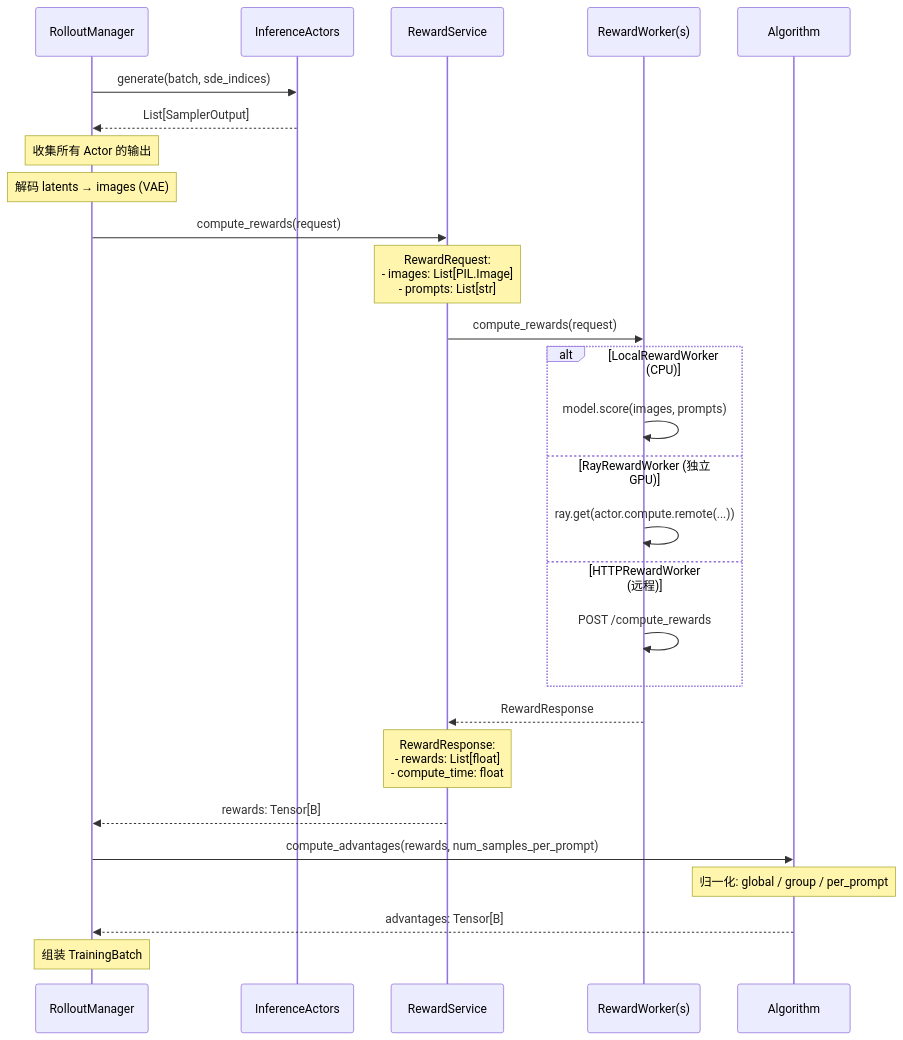
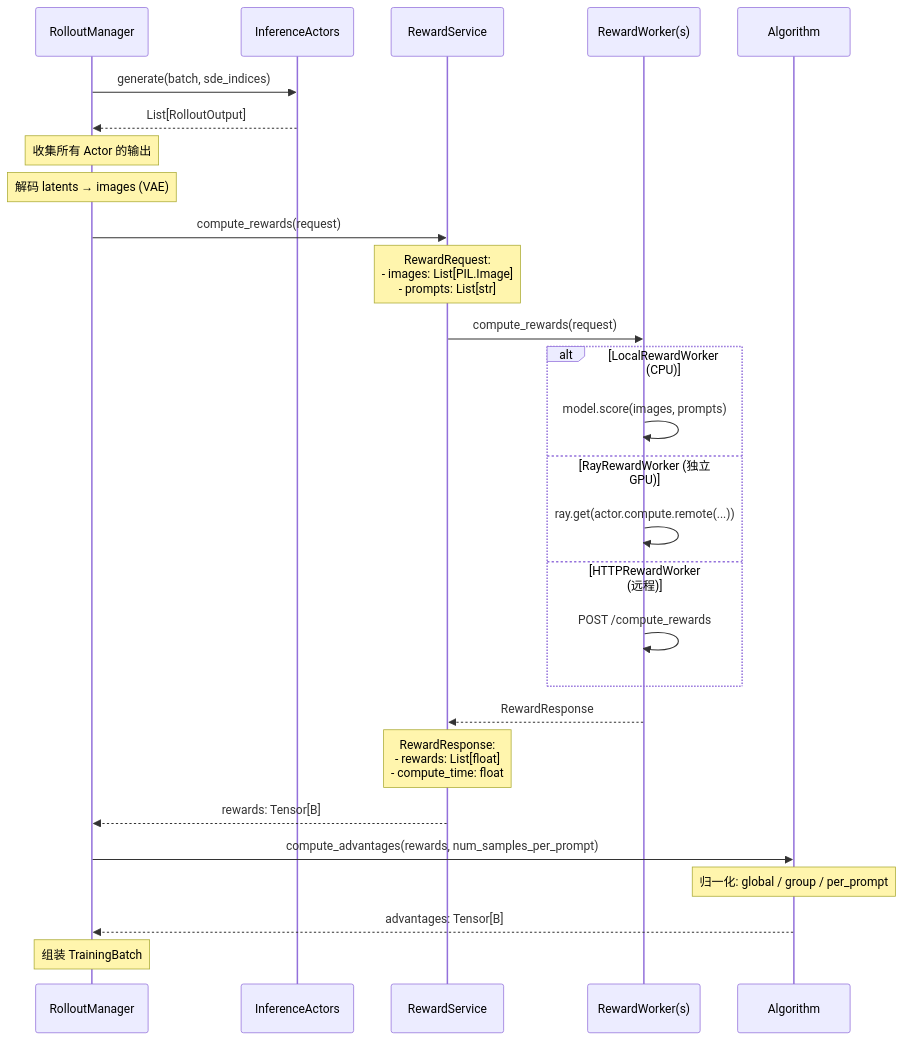
One commit to celve/unirl changed diagram 21 of 27 in docs/Diffusion_RL_Design_Analysis.md. Above: the diagram before and after it, drawn with Mermaid. The commit also changed other lines of this file and 155 other files, not shown here.

First line of the commit message:
refactor: simplify entry points and align with slime architecture

````diff
--- a/docs/Diffusion_RL_Design_Analysis.md
+++ b/docs/Diffusion_RL_Design_Analysis.md
@@ -2359,38 +2358,38 @@
 ```mermaid
 sequenceDiagram
     participant RM as RolloutManager
     participant IA as InferenceActors
     participant RS as RewardService
     participant RW as RewardWorker(s)
     participant Algo as Algorithm
 
     RM->>IA: generate(batch, sde_indices)
-    IA-->>RM: List[SamplerOutput]
+    IA-->>RM: List[RolloutOutput]
 
     Note over RM: 收集所有 Actor 的输出
     Note over RM: 解码 latents → images (VAE)
 
     RM->>RS: compute_rewards(request)
     Note over RS: RewardRequest:<br/>- images: List[PIL.Image]<br/>- prompts: List[str]
 
     RS->>RW: compute_rewards(request)
 
     alt LocalRewardWorker (CPU)
         RW->>RW: model.score(images, prompts)
     else RayRewardWorker (独立 GPU)
         RW->>RW: ray.get(actor.compute.remote(...))
     else HTTPRewardWorker (远程)
         RW->>RW: POST /compute_rewards
     end
 
     RW-->>RS: RewardResponse
     Note over RS: RewardResponse:<br/>- rewards: List[float]<br/>- compute_time: float
 
     RS-->>RM: rewards: Tensor[B]
 
     RM->>Algo: compute_advantages(rewards, num_samples_per_prompt)
     Note over Algo: 归一化: global / group / per_prompt
     Algo-->>RM: advantages: Tensor[B]
 
     Note over RM: 组装 TrainingBatch
 ```
````
